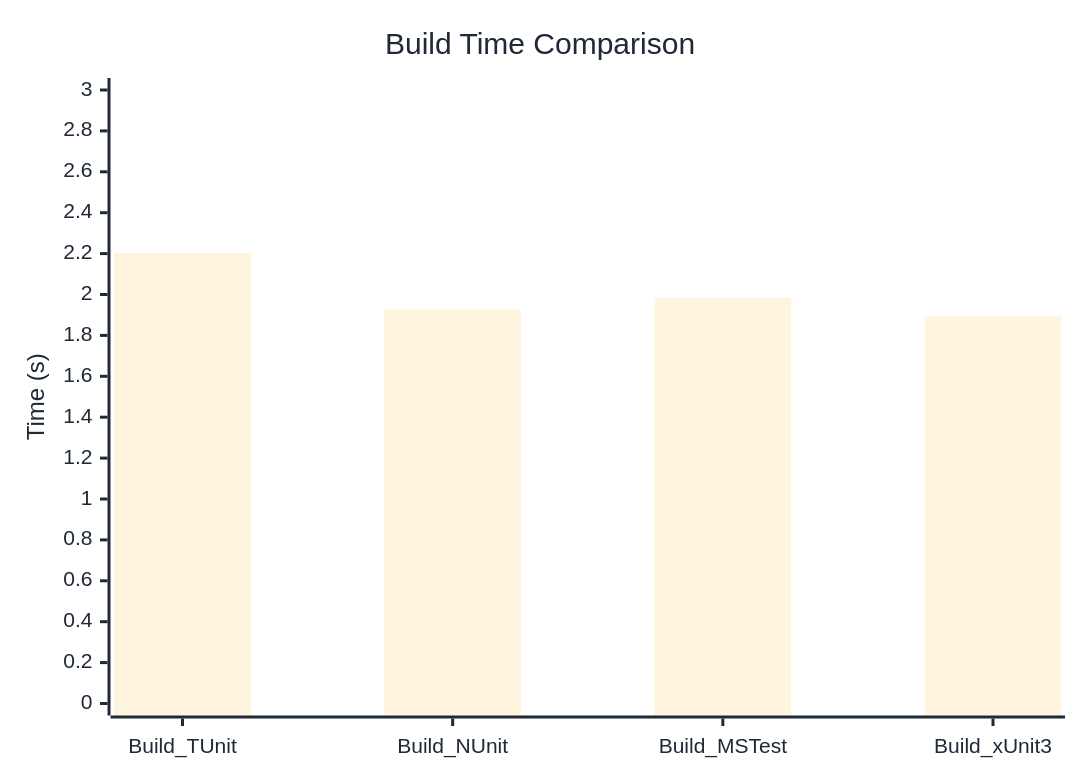
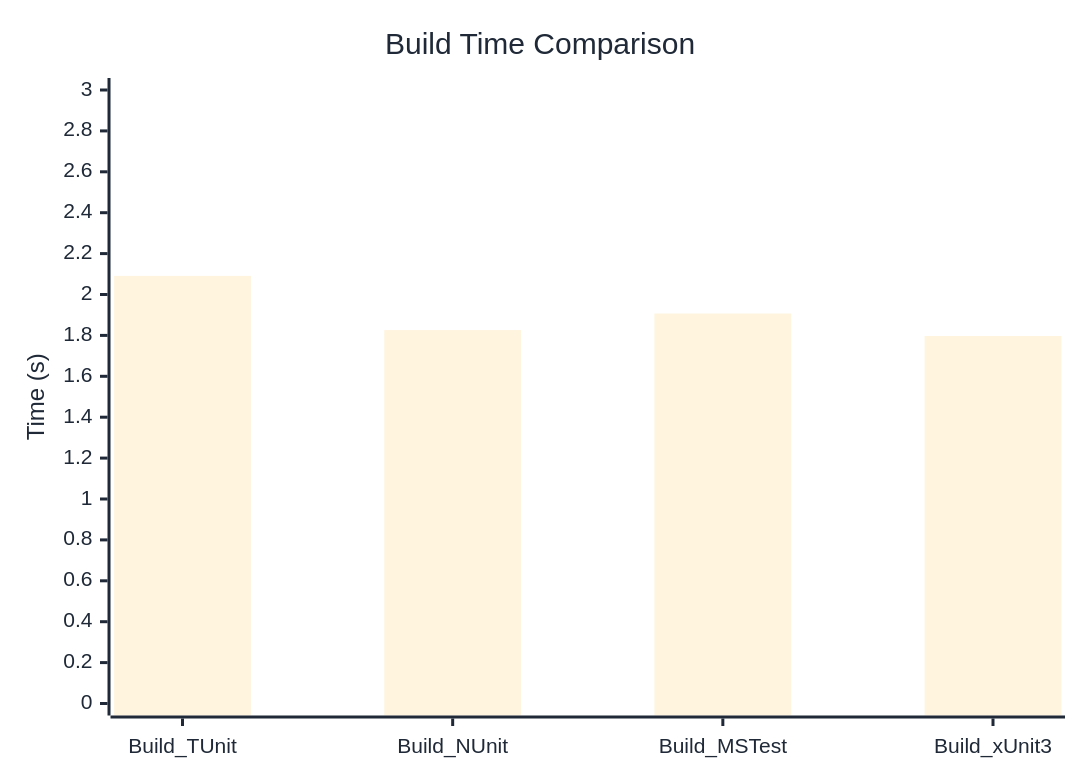
The diagram in docs/docs/benchmarks/BuildTime.md (thomhurst/TUnit), drawn with Mermaid before and after one commit. The commit also changed other lines of this file and 17 other files, not shown here.

````diff
--- a/docs/docs/benchmarks/BuildTime.md
+++ b/docs/docs/benchmarks/BuildTime.md
@@ -28,37 +28,37 @@
 ```mermaid
 %%{init: {
   'theme':'base',
   'themeVariables': {
     'primaryColor': '#2563eb',
     'primaryTextColor': '#1f2937',
     'primaryBorderColor': '#1e40af',
     'lineColor': '#6b7280',
     'secondaryColor': '#7c3aed',
     'tertiaryColor': '#dc2626',
     'background': '#ffffff',
     'mainBkg': '#2563eb',
     'secondBkg': '#7c3aed',
     'tertiaryBkg': '#dc2626',
     'clusterBkg': '#f3f4f6',
     'edgeLabelBackground': '#ffffff',
     'tertiaryTextColor': '#1f2937',
     'pie1': '#2563eb',
     'pie2': '#7c3aed',
     'pie3': '#dc2626',
     'pie4': '#f59e0b',
     'pie5': '#10b981',
     'pie6': '#06b6d4',
     'pie7': '#ec4899',
     'pie8': '#6366f1',
     'pie9': '#84cc16',
     'pie10': '#f97316',
     'pie11': '#14b8a6',
     'pie12': '#a855f7'
   }
 }}%%
 xychart-beta
   title "Build Time Comparison"
   x-axis ["Build_TUnit", "Build_NUnit", "Build_MSTest", "Build_xUnit3"]
   y-axis "Time (s)" 0 --> 3
-  bar [2.203, 1.928, 1.984, 1.892]
+  bar [2.091, 1.826, 1.907, 1.797]
 ```
````
